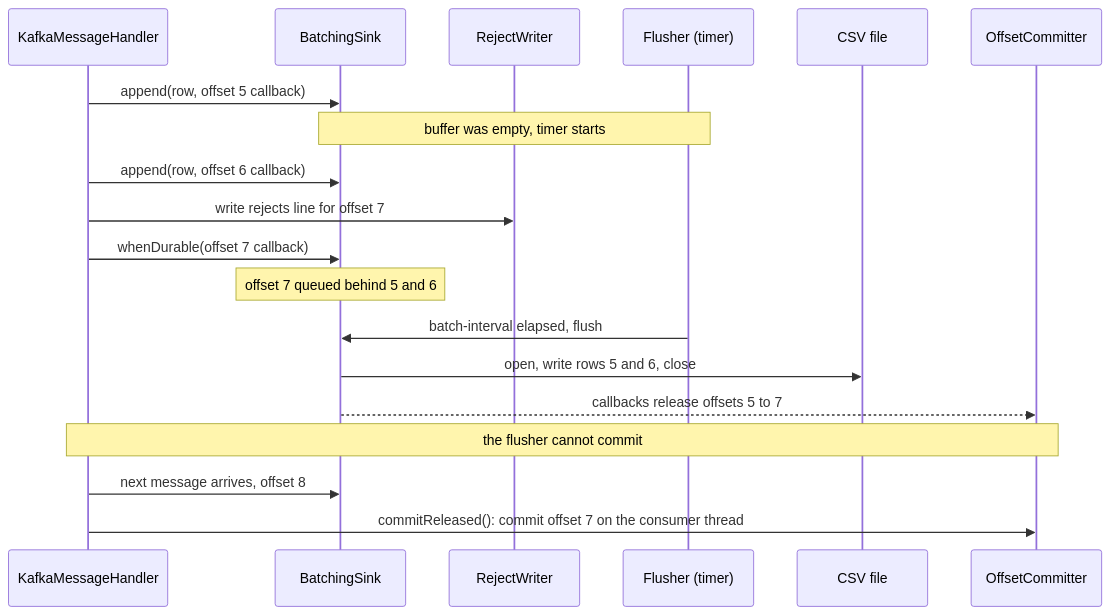
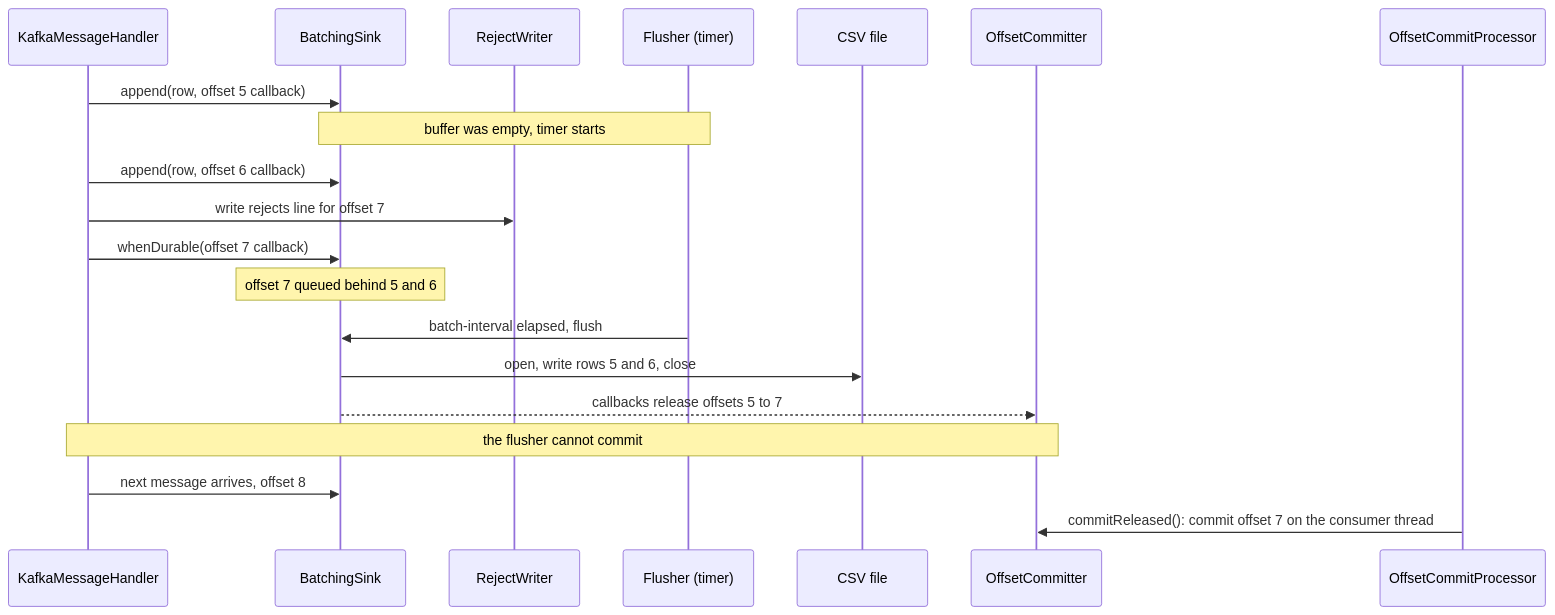
The ninth of 13 diagrams in docs/c4-architecture.md (shanregs/msg-transformer), drawn with Mermaid before and after one commit. The commit also changed other lines of this file and 3 other files, not shown here.

First line of the commit message:
Docs: refresh architecture, design and C4 for the YAML route, publisher and LOGIC type

````diff
--- a/docs/c4-architecture.md
+++ b/docs/c4-architecture.md
@@ -287,22 +355,23 @@
 ```mermaid
 sequenceDiagram
     participant R as KafkaMessageHandler
     participant S as BatchingSink
     participant J as RejectWriter
     participant X as Flusher (timer)
     participant F as CSV file
     participant C as OffsetCommitter
+    participant OP as OffsetCommitProcessor
 
     R->>S: append(row, offset 5 callback)
     Note over S,X: buffer was empty, timer starts
     R->>S: append(row, offset 6 callback)
     R->>J: write rejects line for offset 7
     R->>S: whenDurable(offset 7 callback)
     Note over S: offset 7 queued behind 5 and 6
     X->>S: batch-interval elapsed, flush
     S->>F: open, write rows 5 and 6, close
     S-->>C: callbacks release offsets 5 to 7
     Note over C,R: the flusher cannot commit
     R->>S: next message arrives, offset 8
-    R->>C: commitReleased(): commit offset 7 on the consumer thread
+    OP->>C: commitReleased(): commit offset 7 on the consumer thread
 ```
````
